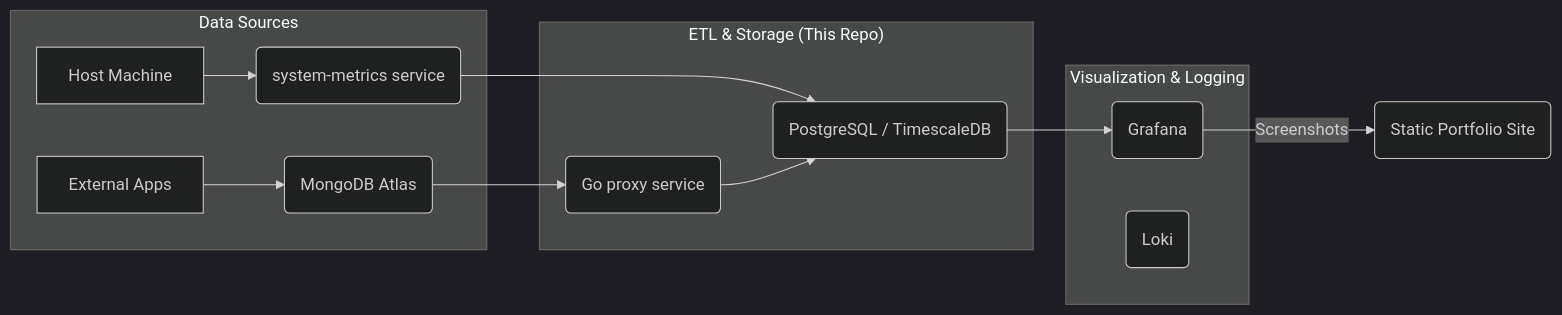
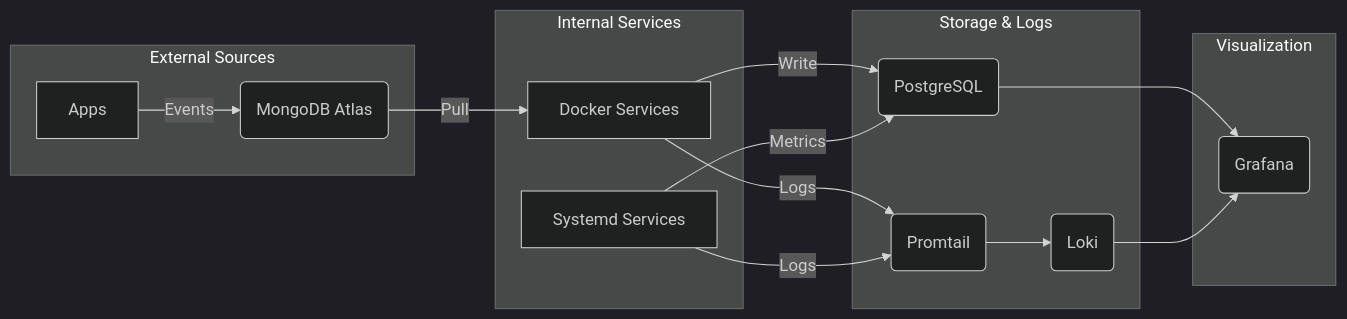
One commit to victoriacheng15/observability-hub changed the diagram in README.md. Above: the diagram before and after it, drawn with Mermaid (dark theme). The commit also changed other lines of this file and 3 other files, not shown here.

Commit message:
docs(arch): sync architecture diagrams and document systemd automation

````diff
--- a/README.md
+++ b/README.md
@@ -39,20 +39,35 @@
 ```mermaid
 flowchart LR
-    subgraph "Data Sources"
-        A[External Apps] --> B(MongoDB Atlas);
-        C[Host Machine] --> D(system-metrics service);
+    subgraph "External Sources"
+        Apps
+        Mongo(MongoDB Atlas)
     end
 
-    subgraph "ETL & Storage (This Repo)"
-        B --> E(Go proxy service);
-        D --> F(PostgreSQL / TimescaleDB);
-        E --> F;
+    subgraph "Internal Services"
+        DS[Docker Services]
+        SS[Systemd Services]
     end
 
-    subgraph "Visualization & Logging"
-        F --> G(Grafana);
-        H(Loki);
+    subgraph "Storage & Logs"
+        PG(PostgreSQL)
+        P(Promtail)
+        L(Loki)
     end
 
-    G -- Screenshots --> I(Static Portfolio Site);
+    subgraph Visualization
+        G(Grafana)
+    end
+
+    %% Data Pipeline
+    Apps -- Events --> Mongo
+    Mongo -- Pull --> DS
+    DS -- Write --> PG
+    SS -- Metrics --> PG
+    PG --> G
+
+    %% Logging Pipeline
+    DS -- Logs --> P
+    SS -- Logs --> P
+    P --> L
+    L --> G
 ```
````
